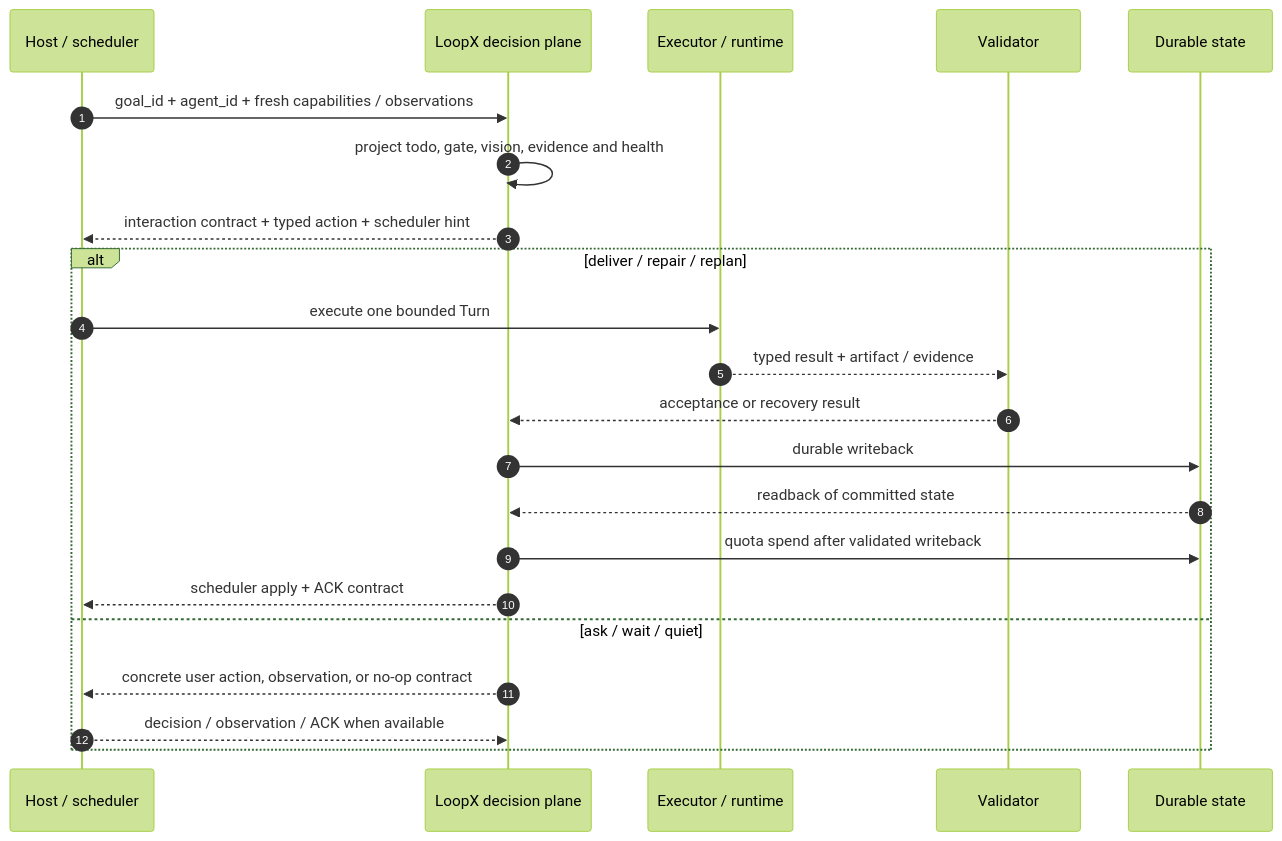
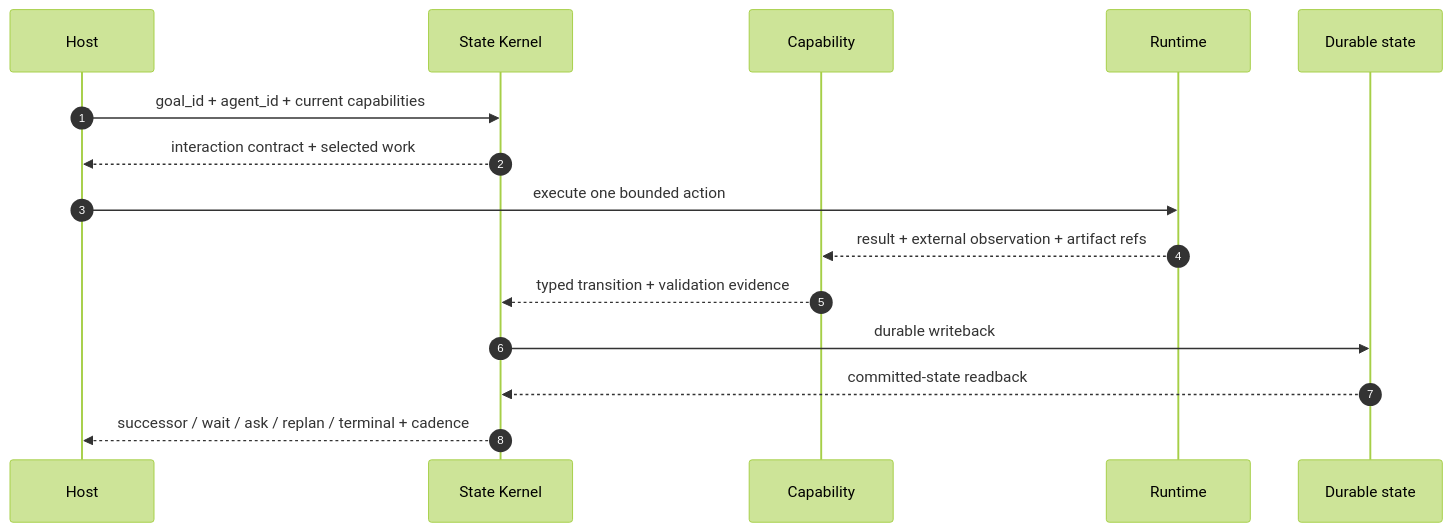
The fourth of 5 diagrams in docs/development/control-plane-course/00-goal-control-plane-architecture.md (liubf21/loopx), drawn with Mermaid (forest theme) before and after one commit. The commit also changed other lines of this file and 10 other files, not shown here.

````diff
--- a/docs/development/control-plane-course/00-goal-control-plane-architecture.md
+++ b/docs/development/control-plane-course/00-goal-control-plane-architecture.md
@@ -105,25 +249,18 @@
 ```mermaid
 sequenceDiagram
   autonumber
-  participant H as Host / scheduler
-  participant L as LoopX decision plane
-  participant R as Executor / runtime
-  participant V as Validator
+  participant H as Host
+  participant K as State Kernel
+  participant C as Capability
+  participant R as Runtime
   participant S as Durable state
 
-  H->>L: goal_id + agent_id + fresh capabilities / observations
-  L->>L: project todo, gate, vision, evidence and health
-  L-->>H: interaction contract + typed action + scheduler hint
-  alt deliver / repair / replan
-    H->>R: execute one bounded Turn
-    R-->>V: typed result + artifact / evidence
-    V-->>L: acceptance or recovery result
-    L->>S: durable writeback
-    S-->>L: readback of committed state
-    L->>S: quota spend after validated writeback
-    L-->>H: scheduler apply + ACK contract
-  else ask / wait / quiet
-    L-->>H: concrete user action, observation, or no-op contract
-    H-->>L: decision / observation / ACK when available
-  end
+  H->>K: goal_id + agent_id + current capabilities
+  K-->>H: interaction contract + selected work
+  H->>R: execute one bounded action
+  R-->>C: result + external observation + artifact refs
+  C-->>K: typed transition + validation evidence
+  K->>S: durable writeback
+  S-->>K: committed-state readback
+  K-->>H: successor / wait / ask / replan / terminal + cadence
 ```
````
